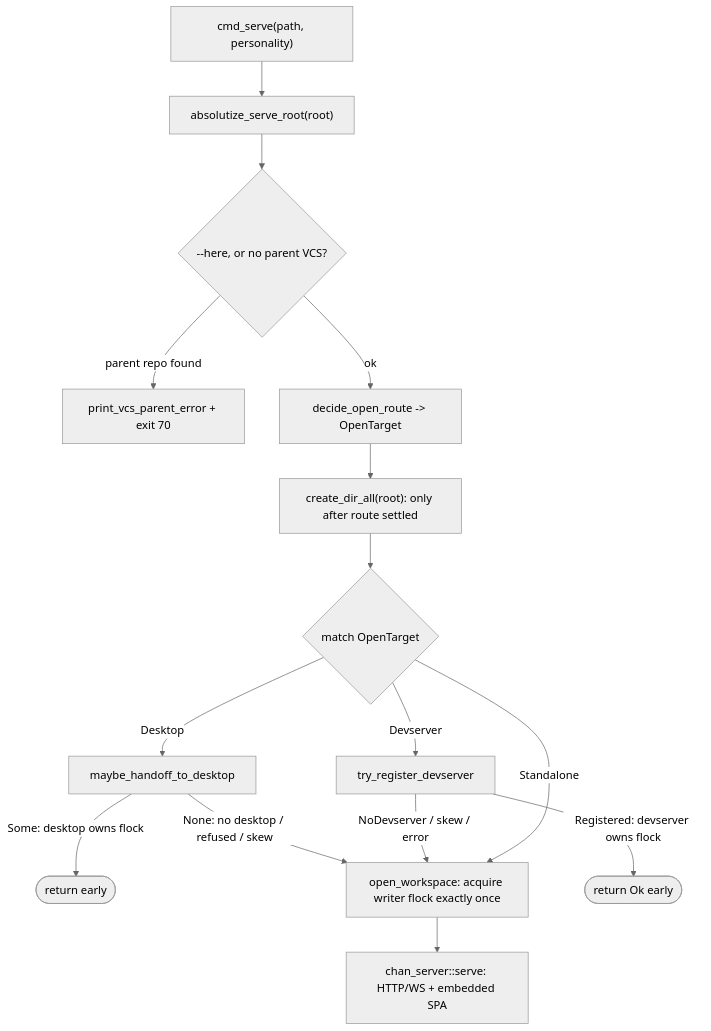
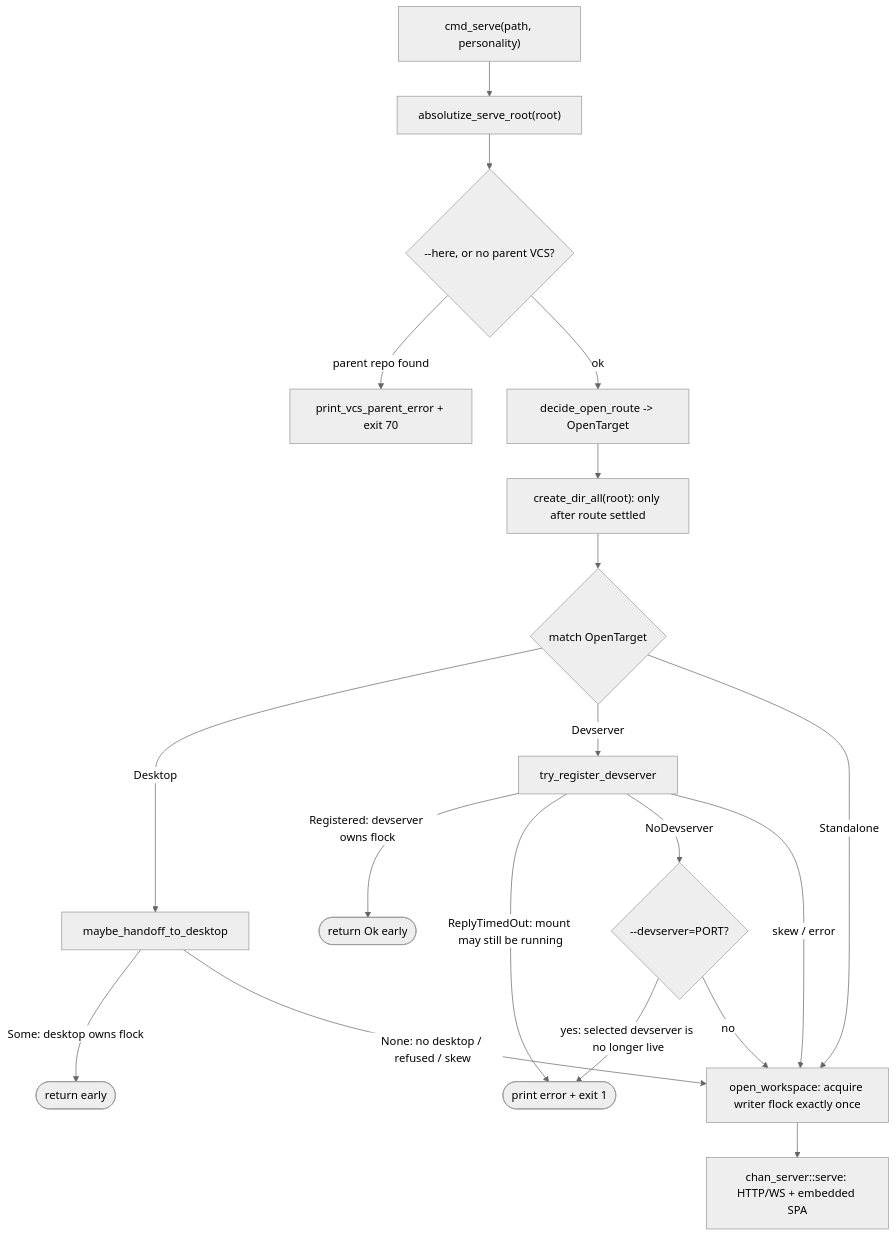
One commit to fiorix/chan changed the second of 2 diagrams in crates/chan/design.md. Above: the diagram before and after it, drawn with Mermaid (neutral theme). The commit also changed other lines of this file and 2 other files, not shown here.

Commit message:
fix(cli): wait for devserver mounts and refuse timeout fallback
Give workspace registration a 75-second reply budget while identity
requests keep three seconds. Preserve a typed timeout after sending so
the CLI refuses a competing standalone open with exit 1 and a retry hint.
Print one waiting note after three seconds on the same pending request.

Share transport framing across Unix sockets and Windows named pipes;
keep the wire unchanged. Document the registration timeout contract.

Regressions reproduce the short budget, NoDevserver timeout outcome and
standalone fallback before the fix. The CLI policy test and all fourteen
handoff tests pass, including a delayed mount reply and wire round trips.

````diff
--- a/crates/chan/design.md
+++ b/crates/chan/design.md
@@ -85,17 +85,21 @@
 ```mermaid
 flowchart TB
   Start["cmd_serve(path, personality)"] --> Abs["absolutize_serve_root(root)"]
   Abs --> Vcs{"--here, or no parent VCS?"}
   Vcs -->|"parent repo found"| Exit70["print_vcs_parent_error + exit 70"]
   Vcs -->|"ok"| Route["decide_open_route -> OpenTarget"]
   Route --> Mkdir["create_dir_all(root): only after route settled"]
   Mkdir --> Target{"match OpenTarget"}
   Target -->|"Desktop"| Hand["maybe_handoff_to_desktop"]
   Hand -->|"Some: desktop owns flock"| Ret1(["return early"])
   Hand -->|"None: no desktop / refused / skew"| Serve
   Target -->|"Devserver"| Reg["try_register_devserver"]
   Reg -->|"Registered: devserver owns flock"| Ret2(["return Ok early"])
-  Reg -->|"NoDevserver / skew / error"| Serve
+  Reg -->|"ReplyTimedOut: mount may still be running"| Refuse(["print error + exit 1"])
+  Reg -->|"NoDevserver"| Explicit{"--devserver=PORT?"}
+  Explicit -->|"yes: selected devserver is no longer live"| Refuse
+  Explicit -->|"no"| Serve
+  Reg -->|"skew / error"| Serve
   Target -->|"Standalone"| Serve
   Serve["open_workspace: acquire writer flock exactly once"] --> Run["chan_server::serve: HTTP/WS + embedded SPA"]
 ```
````
